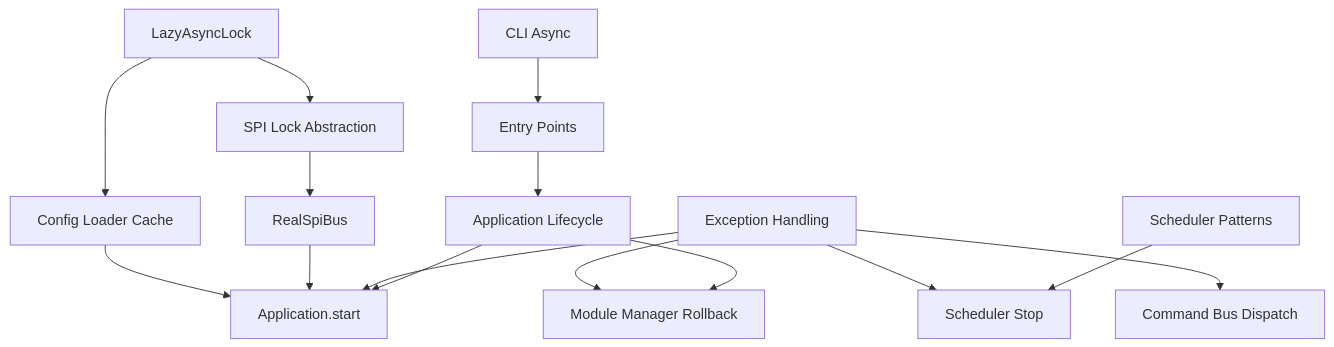
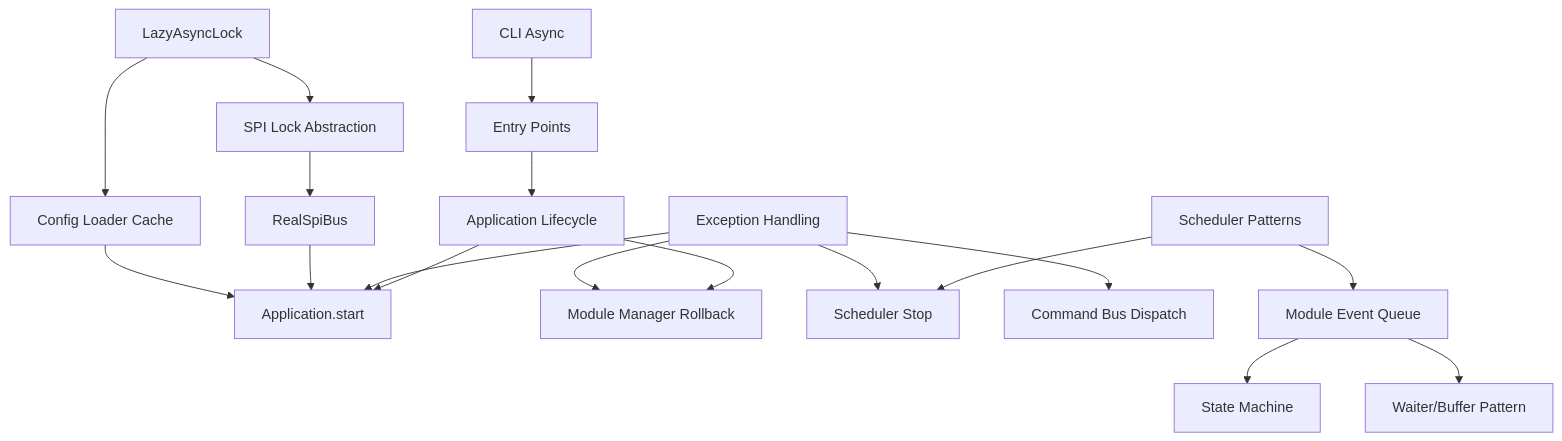
One commit to Roland-Rosier/pi-meshcore changed the diagram in docs/patterns/README.md. Above: the diagram before and after it, drawn with Mermaid. The commit also changed other lines of this file and 1 other file, not shown here.

Commit message:
RAIR_2026_11_24_MoreEventLoopTests added event queue diagram

````diff
--- a/docs/patterns/README.md
+++ b/docs/patterns/README.md
@@ -28,17 +29,19 @@
 ```mermaid
 graph TD
     A[LazyAsyncLock] --> B[SPI Lock Abstraction]
     A --> C[Config Loader Cache]
     B --> D[RealSpiBus]
     C --> E[Application.start]
     D --> E
     F[Exception Handling] --> E
     F --> G[Module Manager Rollback]
     F --> H[Scheduler Stop]
     F --> I[Command Bus Dispatch]
     J[Application Lifecycle] --> E
     J --> G
     K[Scheduler Patterns] --> H
-    L[CLI Async] --> M[Entry Points]
-    M --> J
+    K --> L[Module Event Queue] --> M[State Machine]
+    L --> N[Waiter/Buffer Pattern]
+    O[CLI Async] --> P[Entry Points]
+    P --> J
 ```
````
